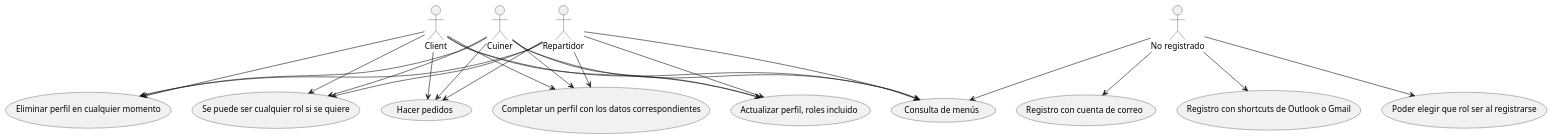
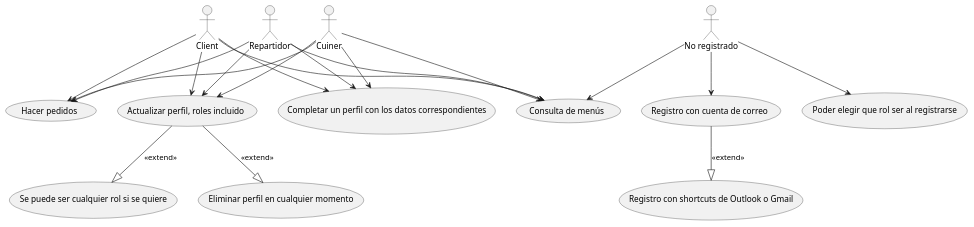
The diagram in documents/Diagrames Casos d'Us/Code Plantuml/code_bloq1.pUML (dabien3/ES25UAB-511-05), drawn with PlantUML before and after one commit. The commit also changed 1 other file, not shown here.

Commit message:
reviewed bloq1 diagrama caso de uso

```diff
--- a/documents/Diagrames Casos d'Us/Code Plantuml/code_bloq1.pUML
+++ b/documents/Diagrames Casos d'Us/Code Plantuml/code_bloq1.pUML
@@ -1,40 +1,38 @@
 @startuml
 :Client: as cl
 :Cuiner: as cu
 :Repartidor: as r
 :No registrado: as n
 
 
 (Consulta de menús) as R1
 (Hacer pedidos) as R2
 (Registro con cuenta de correo) as R3
 (Registro con shortcuts de Outlook o Gmail) as R4
 (Completar un perfil con los datos correspondientes) as R5
 (Actualizar perfil, roles incluido) as R6
 (Eliminar perfil en cualquier momento) as R7
 (Poder elegir que rol ser al registrarse) as R8
 (Se puede ser cualquier rol si se quiere) as R9
 
 cl --> R1
 cu --> R1
 r --> R1
 n --> R1
 cl --> R2
 cu --> R2
 r --> R2
 n --> R3
-n --> R4
 cl --> R5
 cu --> R5
 r --> R5
 cl --> R6
 cu --> R6
 r --> R6
-cl --> R7
-cu --> R7
-r --> R7
 n --> R8
-cl --> R9
-cu --> R9
-r --> R9
+
+
+R3 --|> R4: <<extend>>
+R6 --|> R7 : <<extend>>
+R6 --|> R9 : <<extend>>
 @enduml
```
